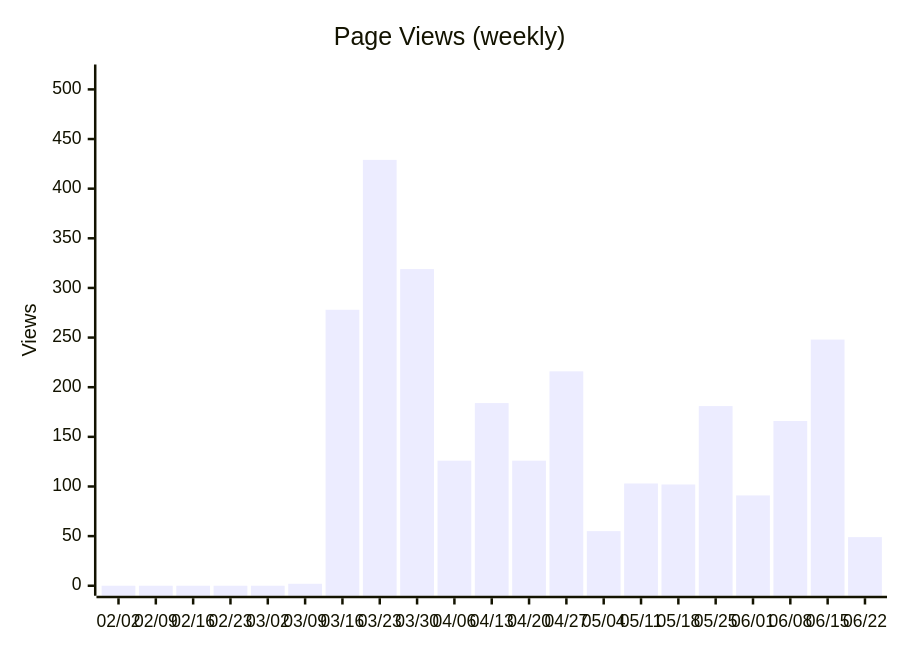
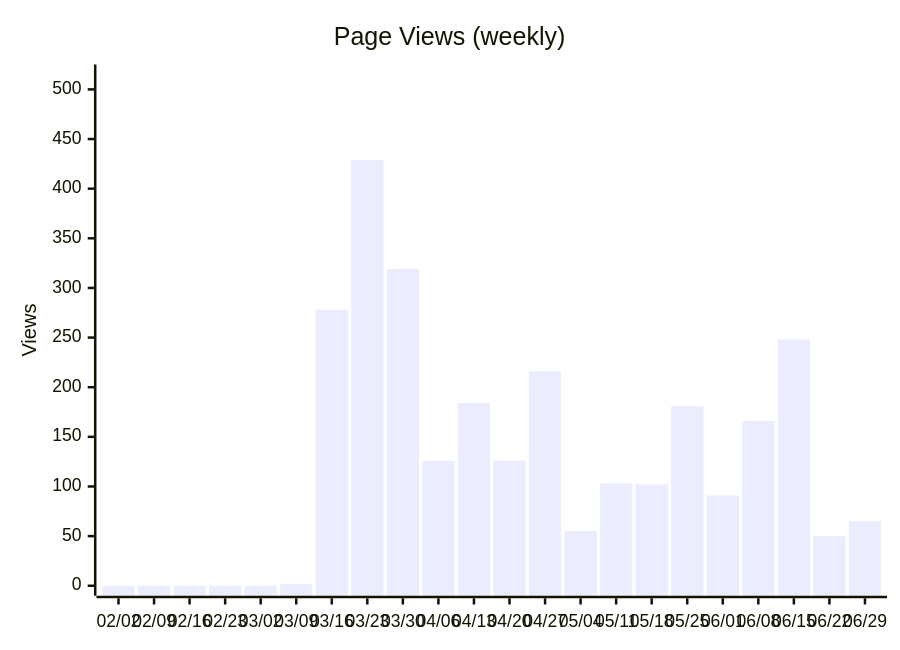
One commit to nablarch/nabledge-dev changed diagram 12 of 14 in docs/metrics.md. Above: the diagram before and after it, drawn with Mermaid. The commit also changed other lines of this file and 2 other files, not shown here.

````diff
--- a/docs/metrics.md
+++ b/docs/metrics.md
@@ -161,7 +161,7 @@
 ```mermaid
 xychart-beta
   title "Page Views (weekly)"
-  x-axis ["02/02", "02/09", "02/16", "02/23", "03/02", "03/09", "03/16", "03/23", "03/30", "04/06", "04/13", "04/20", "04/27", "05/04", "05/11", "05/18", "05/25", "06/01", "06/08", "06/15", "06/22"]
+  x-axis ["02/02", "02/09", "02/16", "02/23", "03/02", "03/09", "03/16", "03/23", "03/30", "04/06", "04/13", "04/20", "04/27", "05/04", "05/11", "05/18", "05/25", "06/01", "06/08", "06/15", "06/22", "06/29"]
   y-axis "Views" 0 --> 515
-  bar [0, 0, 0, 0, 0, 2, 278, 429, 319, 126, 184, 126, 216, 55, 103, 102, 181, 91, 166, 248, 49]
+  bar [0, 0, 0, 0, 0, 2, 278, 429, 319, 126, 184, 126, 216, 55, 103, 102, 181, 91, 166, 248, 50, 65]
 ```
````
